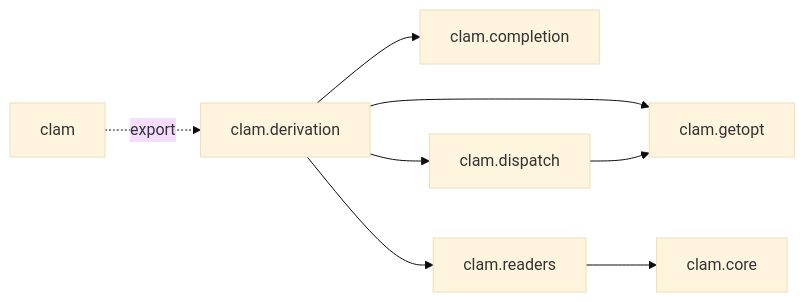
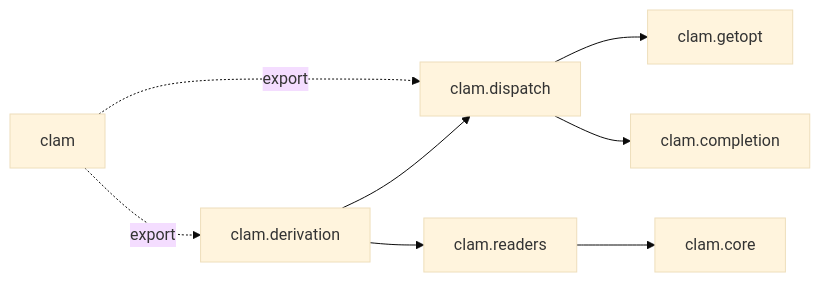
The diagram in clam/docs/_index.md (jodersky/applib), drawn with Mermaid (base theme) before and after one commit. The commit also changed other lines of this file and 14 other files, not shown here.

````diff
--- a/clam/docs/_index.md
+++ b/clam/docs/_index.md
@@ -37,10 +25,10 @@
 ```mermaid
 flowchart LR
   clam .-> |export| clam.derivation;
-  clam.derivation --> clam.completion;
-  clam.derivation --> clam.getopt
+  clam .-> |export| clam.dispatch;
   clam.derivation --> clam.dispatch
   clam.dispatch --> clam.getopt
+  clam.dispatch --> clam.completion;
   clam.derivation --> clam.readers
   clam.readers --> clam.core
 ```
````
